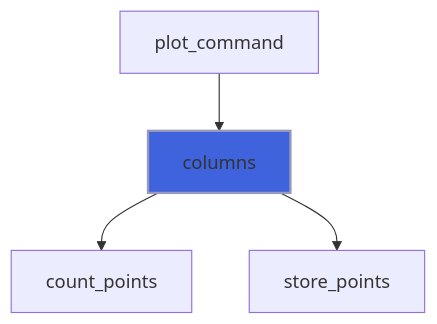
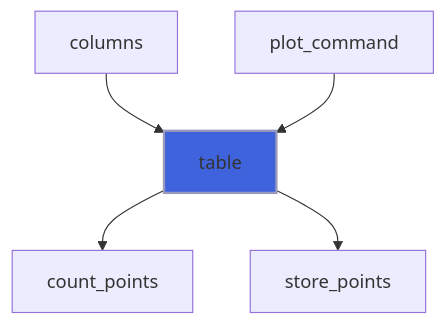
Before and after one commit to szaghi/foresight: the fifth of 7 diagrams in docs/api/src/lib/foresight_datafile.md, drawn with Mermaid. The commit also changed other lines of this file and 16 other files, not shown here.

````diff
--- a/docs/api/src/lib/foresight_datafile.md
+++ b/docs/api/src/lib/foresight_datafile.md
@@ -143,7 +174,8 @@
 ```mermaid
 flowchart TD
-  plot_command["plot_command"] --> columns["columns"]
-  columns["columns"] --> count_points["count_points"]
-  columns["columns"] --> store_points["store_points"]
-  style columns fill:#3e63dd,stroke:#99b,stroke-width:2px
+  columns["columns"] --> table["table"]
+  plot_command["plot_command"] --> table["table"]
+  table["table"] --> count_points["count_points"]
+  table["table"] --> store_points["store_points"]
+  style table fill:#3e63dd,stroke:#99b,stroke-width:2px
 ```
````
